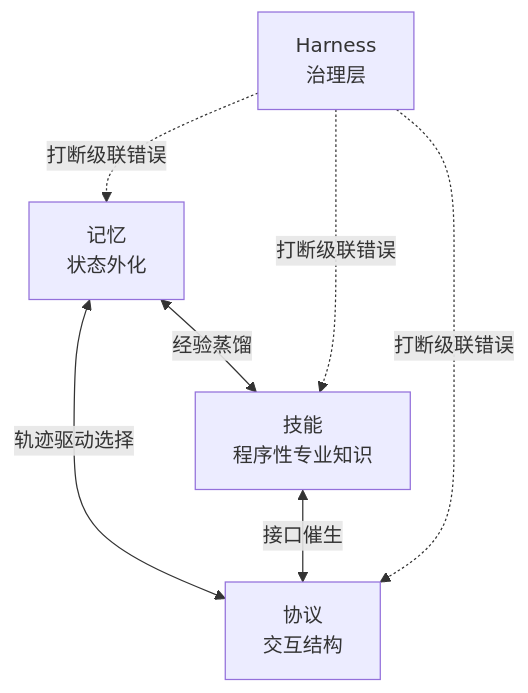
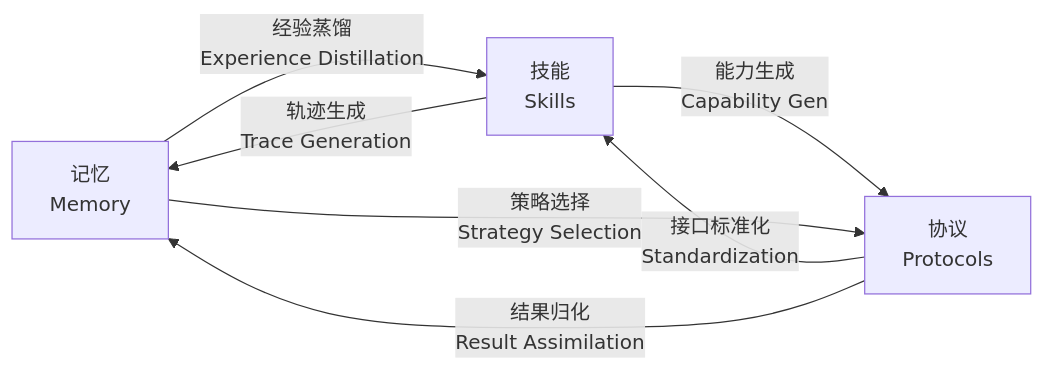
Before and after one commit to wenyuexin/ai-praxis: the fifth of 5 diagrams in agentic/01-foundations/cognitive-architectures/Externalization_2604.08224.md, drawn with Mermaid. The commit also changed other lines of this file and 1 other file, not shown here.

````diff
--- a/agentic/01-foundations/cognitive-architectures/Externalization_2604.08224.md
+++ b/agentic/01-foundations/cognitive-architectures/Externalization_2604.08224.md
@@ -348,12 +409,9 @@
 ```mermaid
-flowchart TD
-    M["记忆<br>状态外化"]
-    S["技能<br>程序性专业知识"]
-    P["协议<br>交互结构"]
-    M <-->|经验蒸馏| S
-    M <-->|轨迹驱动选择| P
-    S <-->|接口催生| P
-    H["Harness<br>治理层"] -.->|打断级联错误| M
-    H -.->|打断级联错误| S
-    H -.->|打断级联错误| P
+flowchart LR
+    M[记忆<br>Memory] -->|经验蒸馏<br>Experience Distillation| S[技能<br>Skills]
+    S -->|轨迹生成<br>Trace Generation| M
+    S -->|能力生成<br>Capability Gen| P[协议<br>Protocols]
+    P -->|接口标准化<br>Standardization| S
+    M -->|策略选择<br>Strategy Selection| P
+    P -->|结果归化<br>Result Assimilation| M
 ```
````
